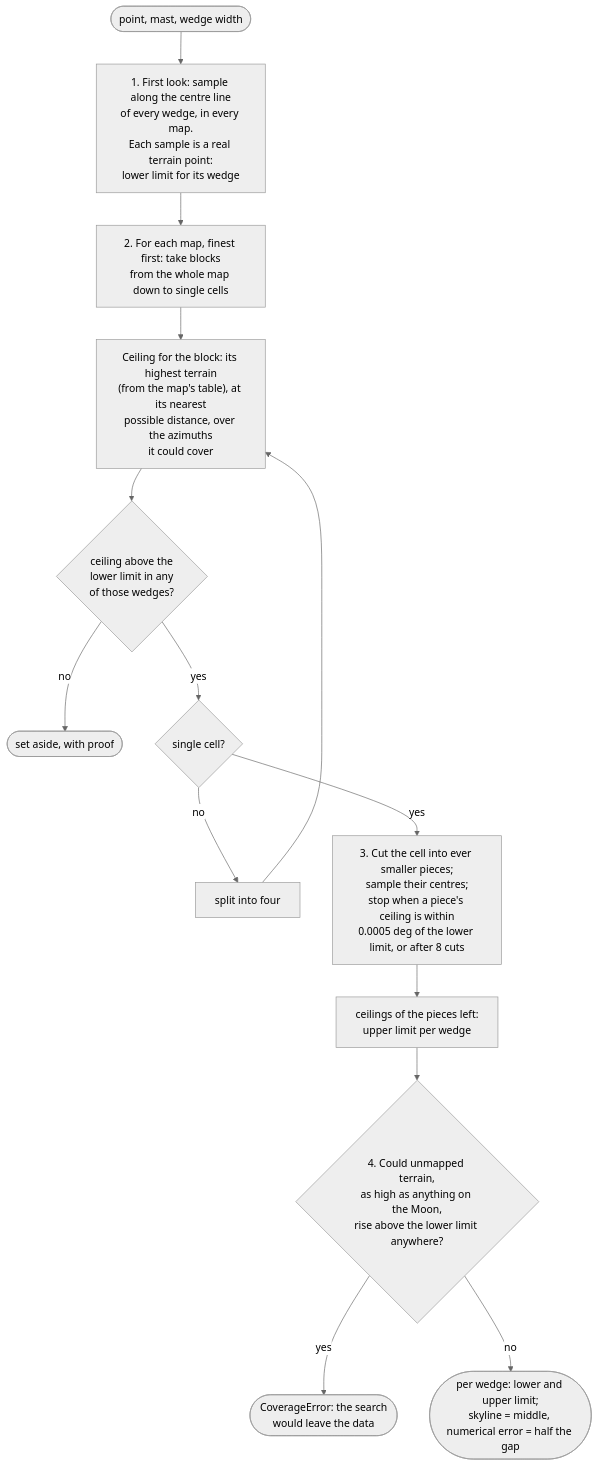
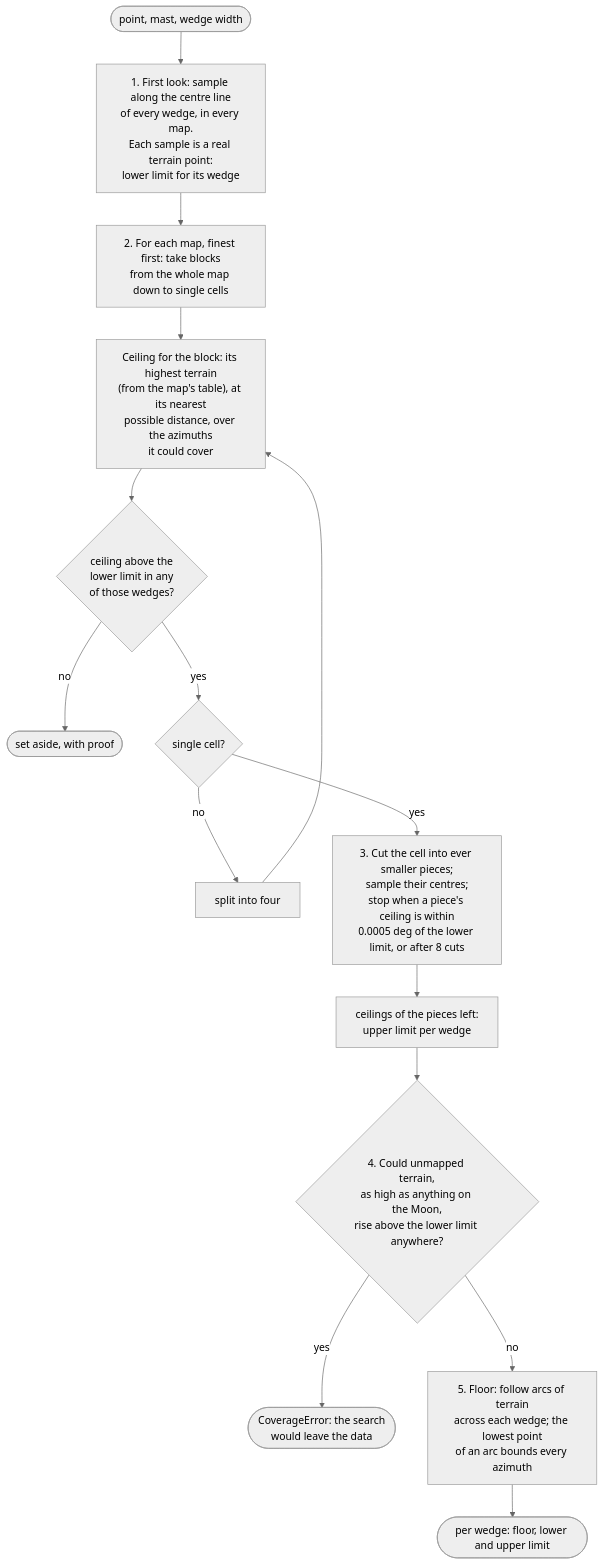
Before and after one commit to Yacin1102/Lunar-Landing-Site-Navigator: the fourth of 7 diagrams in docs/ARCHITECTURE.md, drawn with Mermaid (neutral theme). The commit also changed other lines of this file and 7 other files, not shown here.

First line of the commit message:
Add the skyline error bound and the independent line-of-sight check

````diff
--- a/docs/ARCHITECTURE.md
+++ b/docs/ARCHITECTURE.md
@@ -93,15 +95,16 @@
 ```mermaid
 flowchart TD
     start([point, mast, wedge width]) --> seed["1. First look: sample along the centre line<br/>of every wedge, in every map.<br/>Each sample is a real terrain point:<br/>lower limit for its wedge"]
     seed --> blocks["2. For each map, finest first: take blocks<br/>from the whole map down to single cells"]
     blocks --> ceiling["Ceiling for the block: its highest terrain<br/>(from the map's table), at its nearest<br/>possible distance, over the azimuths<br/>it could cover"]
     ceiling --> prune{ceiling above the<br/>lower limit in any<br/>of those wedges?}
     prune -- no --> drop([set aside, with proof])
     prune -- yes --> smaller{single cell?}
     smaller -- no --> quarters[split into four] --> ceiling
     smaller -- yes --> pieces["3. Cut the cell into ever smaller pieces;<br/>sample their centres;<br/>stop when a piece's ceiling is within<br/>0.0005 deg of the lower limit, or after 8 cuts"]
     pieces --> upper[ceilings of the pieces left:<br/>upper limit per wedge]
     upper --> edge{"4. Could unmapped terrain,<br/>as high as anything on the Moon,<br/>rise above the lower limit anywhere?"}
     edge -- yes --> error([CoverageError: the search<br/>would leave the data])
-    edge -- no --> result([per wedge: lower and upper limit;<br/>skyline = middle, numerical error = half the gap])
+    edge -- no --> floor["5. Floor: follow arcs of terrain<br/>across each wedge; the lowest point<br/>of an arc bounds every azimuth"]
+    floor --> result([per wedge: floor, lower and upper limit])
 ```
````
